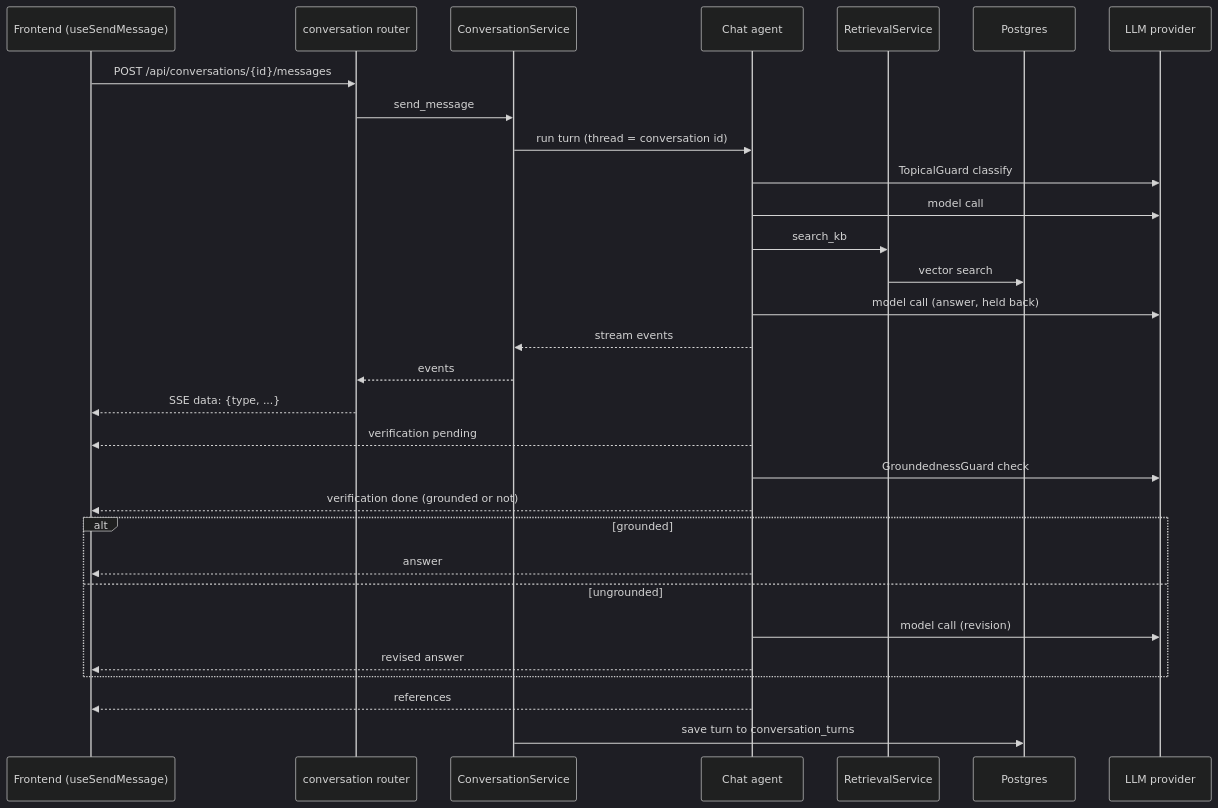
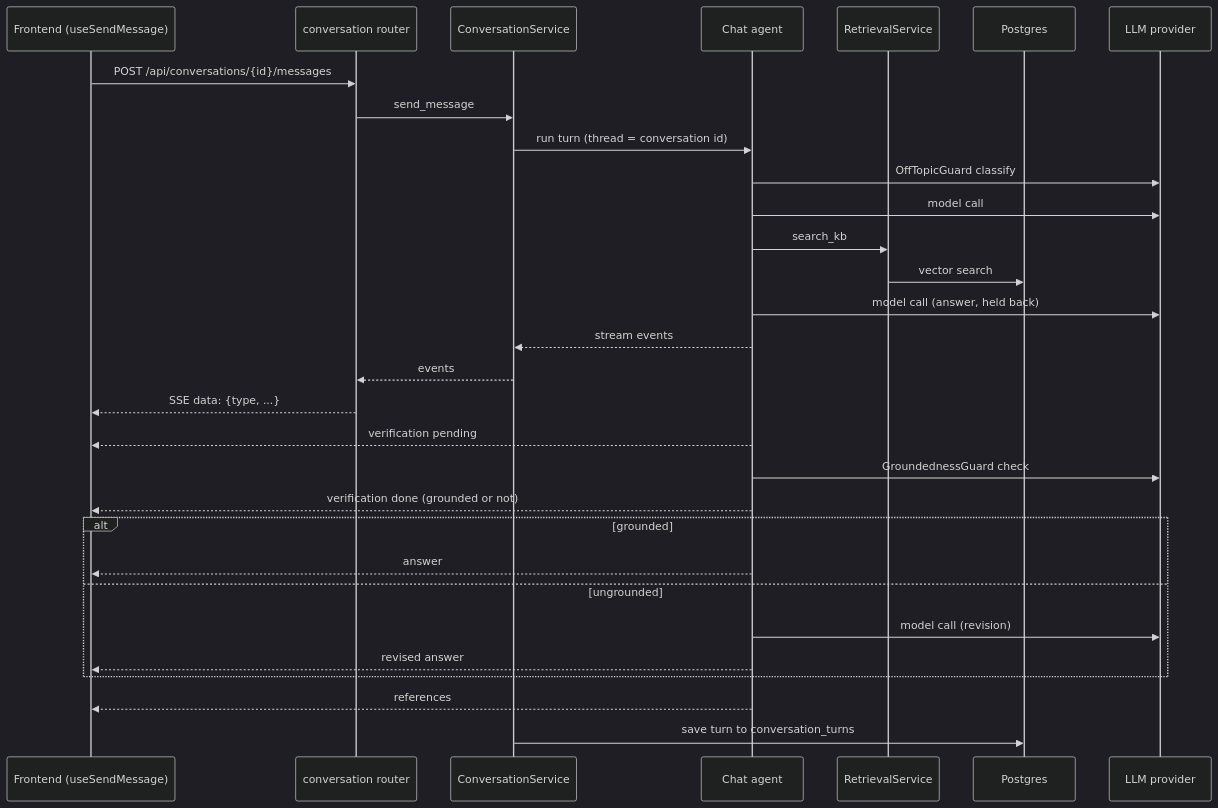
One commit to hadifar/rag changed the diagram in docs/diagrams/chat-turn.md. Above: the diagram before and after it, drawn with Mermaid (dark theme). The commit also changed 17 other files, not shown here.

````diff
--- a/docs/diagrams/chat-turn.md
+++ b/docs/diagrams/chat-turn.md
@@ -3,33 +3,33 @@
 ```mermaid
 sequenceDiagram
     participant UI as Frontend (useSendMessage)
     participant R as conversation router
     participant CS as ConversationService
     participant A as Chat agent
     participant KB as RetrievalService
     participant DB as Postgres
     participant LLM as LLM provider
 
     UI->>R: POST /api/conversations/{id}/messages
     R->>CS: send_message
     CS->>A: run turn (thread = conversation id)
-    A->>LLM: TopicalGuard classify
+    A->>LLM: OffTopicGuard classify
     A->>LLM: model call
     A->>KB: search_kb
     KB->>DB: vector search
     A->>LLM: model call (answer, held back)
     A-->>CS: stream events
     CS-->>R: events
     R-->>UI: SSE data: {type, ...}
     A-->>UI: verification pending
     A->>LLM: GroundednessGuard check
     A-->>UI: verification done (grounded or not)
     alt grounded
         A-->>UI: answer
     else ungrounded
         A->>LLM: model call (revision)
         A-->>UI: revised answer
     end
     A-->>UI: references
     CS->>DB: save turn to conversation_turns
 ```
````
